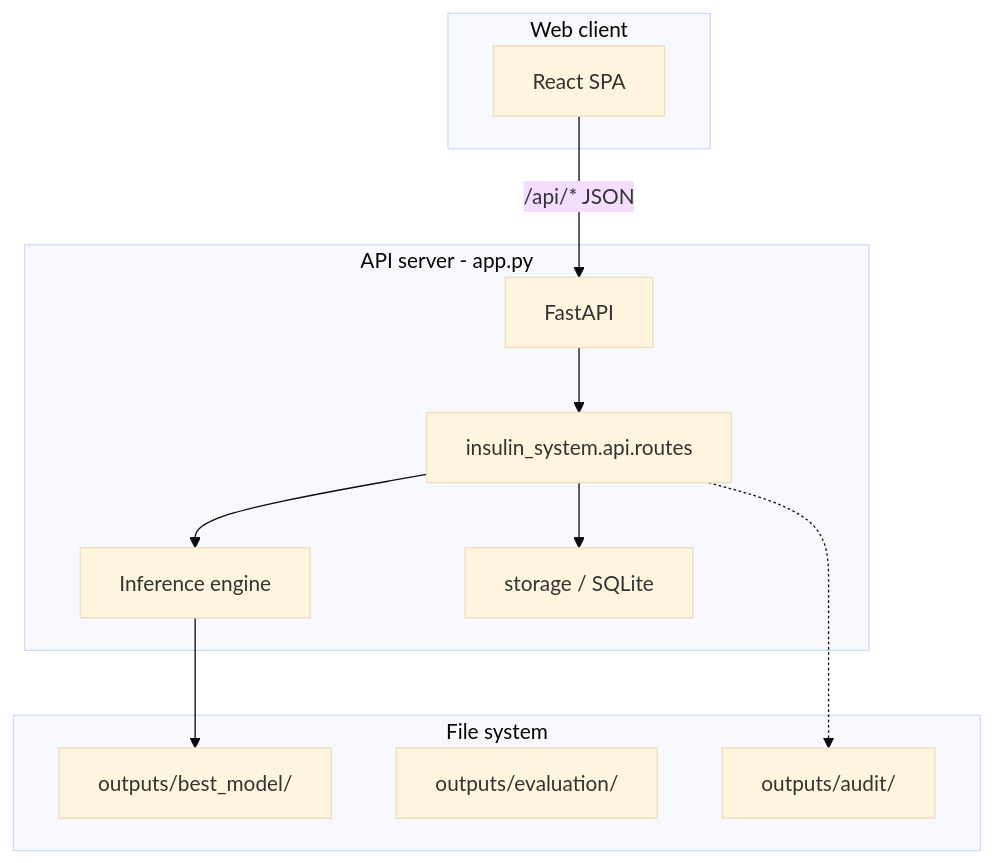
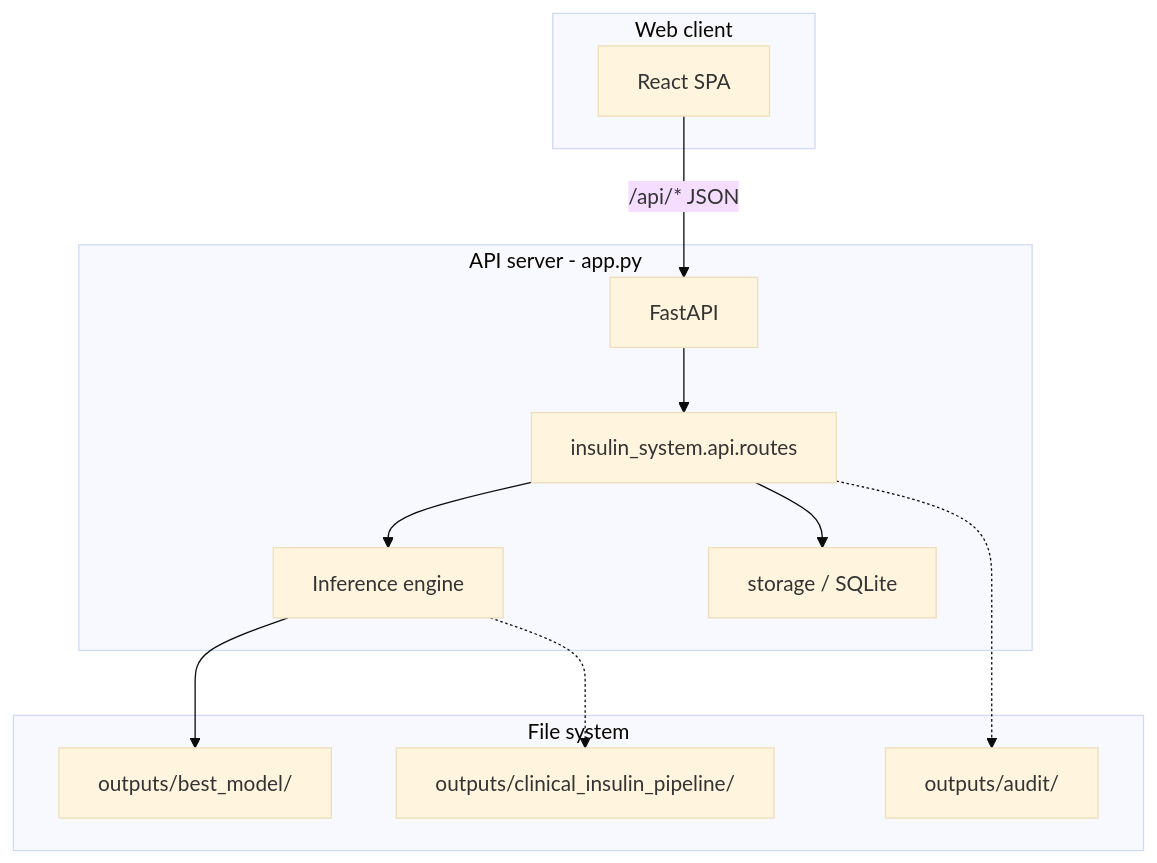
One commit to wangoloi/Final-Year-Full-Project changed the second of 4 diagrams in Clinical-Insulin-Recommendation/docs/ARCHITECTURE.md. Above: the diagram before and after it, drawn with Mermaid (base theme). The commit also changed other lines of this file and 338 other files, not shown here.

````diff
--- a/Clinical-Insulin-Recommendation/docs/ARCHITECTURE.md
+++ b/Clinical-Insulin-Recommendation/docs/ARCHITECTURE.md
@@ -46,26 +46,27 @@
 ```mermaid
 flowchart TB
   subgraph client [Web client]
     SPA[React SPA]
   end
 
   subgraph server [API server - app.py]
     FastAPI[FastAPI]
     Router[insulin_system.api.routes]
     Engine[Inference engine]
     Store[storage / SQLite]
   end
 
   subgraph files [File system]
     Bundle[outputs/best_model/]
-    OutEval[outputs/evaluation/]
+    OutPipe[outputs/clinical_insulin_pipeline/]
     Audit[outputs/audit/]
   end
 
   SPA -->|/api/* JSON| FastAPI
   FastAPI --> Router
   Router --> Engine
   Router --> Store
   Engine --> Bundle
+  Engine -.-> OutPipe
   Router -.-> Audit
 ```
````
